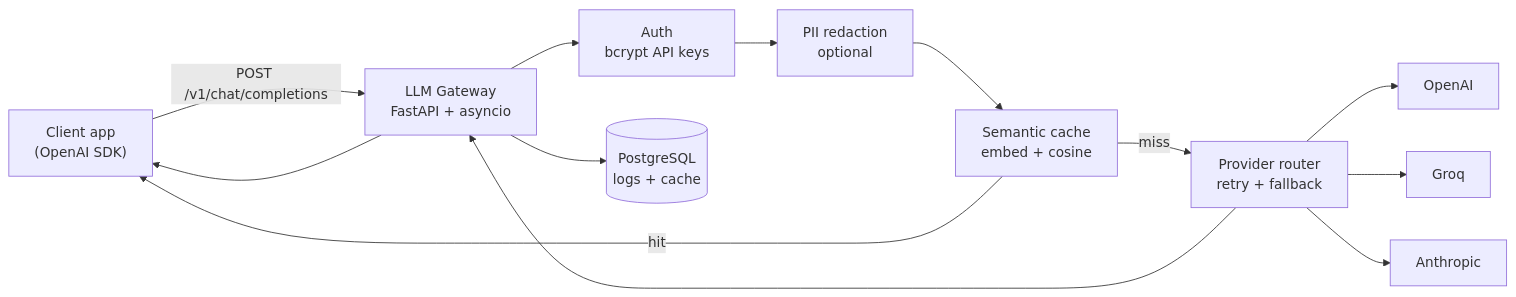
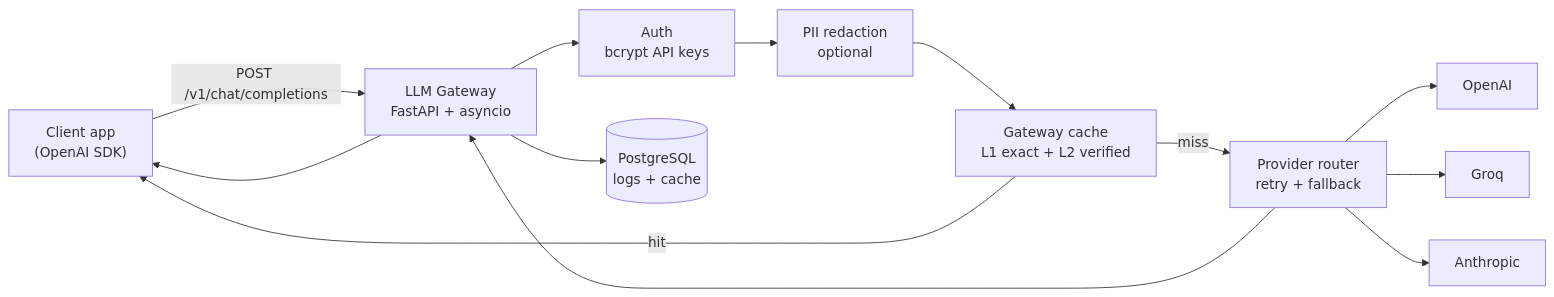
Before and after one commit to AseelHerzallah1/llm-gateway: the diagram in README.md, drawn with Mermaid. The commit also changed other lines of this file and 59 other files, not shown here.

Commit message:
feat: add verified two-layer semantic caching

````diff
--- a/README.md
+++ b/README.md
@@ -47,21 +46,21 @@
 ```mermaid
 flowchart LR
     Client["Client app\n(OpenAI SDK)"]
     GW["LLM Gateway\nFastAPI + asyncio"]
     Auth["Auth\nbcrypt API keys"]
     PII["PII redaction\noptional"]
-    Cache["Semantic cache\nembed + cosine"]
+    Cache["Gateway cache\nL1 exact + L2 verified"]
     Router["Provider router\nretry + fallback"]
     OAI["OpenAI"]
     Groq["Groq"]
     Anthropic["Anthropic"]
     PG[("PostgreSQL\nlogs + cache")]
 
     Client -->|"POST /v1/chat/completions"| GW
     GW --> Auth --> PII --> Cache
     Cache -->|miss| Router
     Cache -->|hit| Client
     Router --> OAI & Groq & Anthropic
     GW --> PG
     Router --> GW --> Client
 ```
````
